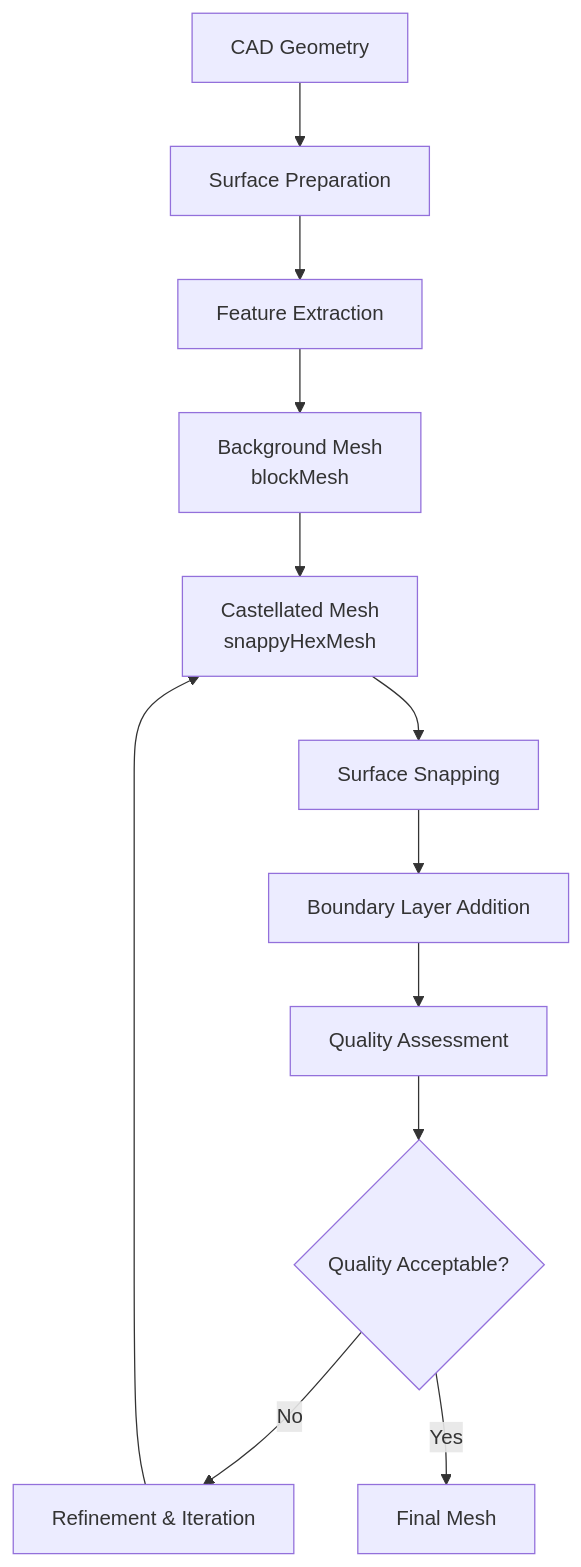
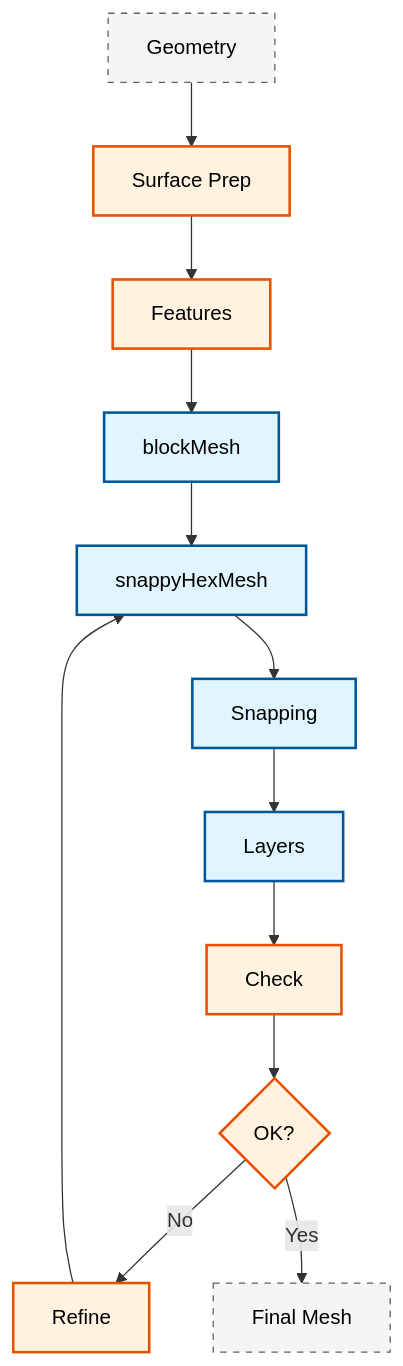
One commit to wramet/build-my-cfd changed the diagram in MODULE_07_UTILITIES_AUTOMATION/CONTENT/02_MESH_PREPARATION/03_SnappyHexMesh_Configuration.md. Above: the diagram before and after it, drawn with Mermaid. The commit also changed 313 other files, not shown here.

Commit message:
Revise all diagram

````diff
--- a/MODULE_07_UTILITIES_AUTOMATION/CONTENT/02_MESH_PREPARATION/03_SnappyHexMesh_Configuration.md
+++ b/MODULE_07_UTILITIES_AUTOMATION/CONTENT/02_MESH_PREPARATION/03_SnappyHexMesh_Configuration.md
@@ -23,14 +23,17 @@
 ```mermaid
 flowchart TD
-    A[CAD Geometry] --> B[Surface Preparation]
-    B --> C[Feature Extraction]
-    C --> D[Background Mesh<br/>blockMesh]
-    D --> E[Castellated Mesh<br/>snappyHexMesh]
-    E --> F[Surface Snapping]
-    F --> G[Boundary Layer Addition]
-    G --> H[Quality Assessment]
-    H --> I{Quality Acceptable?}
-    I -->|No| J[Refinement & Iteration]
-    J --> E
-    I -->|Yes| K[Final Mesh]
+classDef implicit fill:#e1f5fe,stroke:#01579b,stroke-width:2px,color:#000
+classDef explicit fill:#fff3e0,stroke:#e65100,stroke-width:2px,color:#000
+classDef context fill:#f5f5f5,stroke:#616161,stroke-width:1px,color:#000,stroke-dasharray: 5 5
+A[Geometry]:::context --> B[Surface Prep]:::explicit
+B --> C[Features]:::explicit
+C --> D[blockMesh]:::implicit
+D --> E[snappyHexMesh]:::implicit
+E --> F[Snapping]:::implicit
+F --> G[Layers]:::implicit
+G --> H[Check]:::explicit
+H --> I{OK?}:::explicit
+I -->|No| J[Refine]:::explicit
+J --> E
+I -->|Yes| K[Final Mesh]:::context
 ```
````
